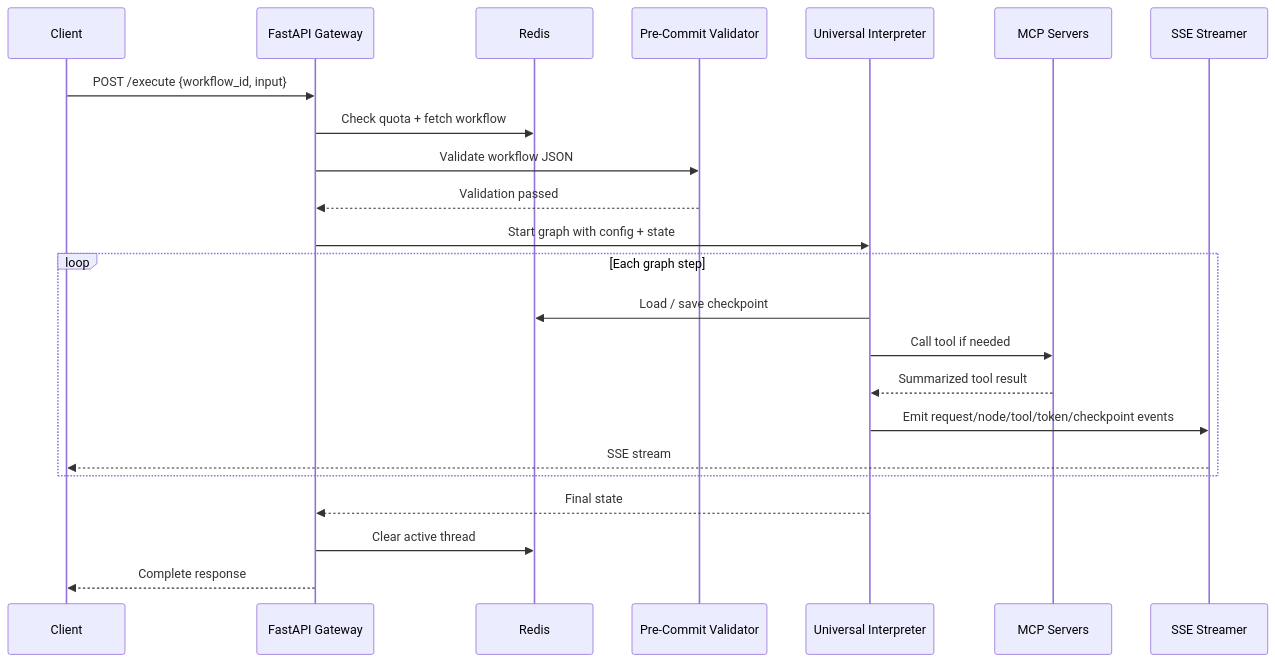
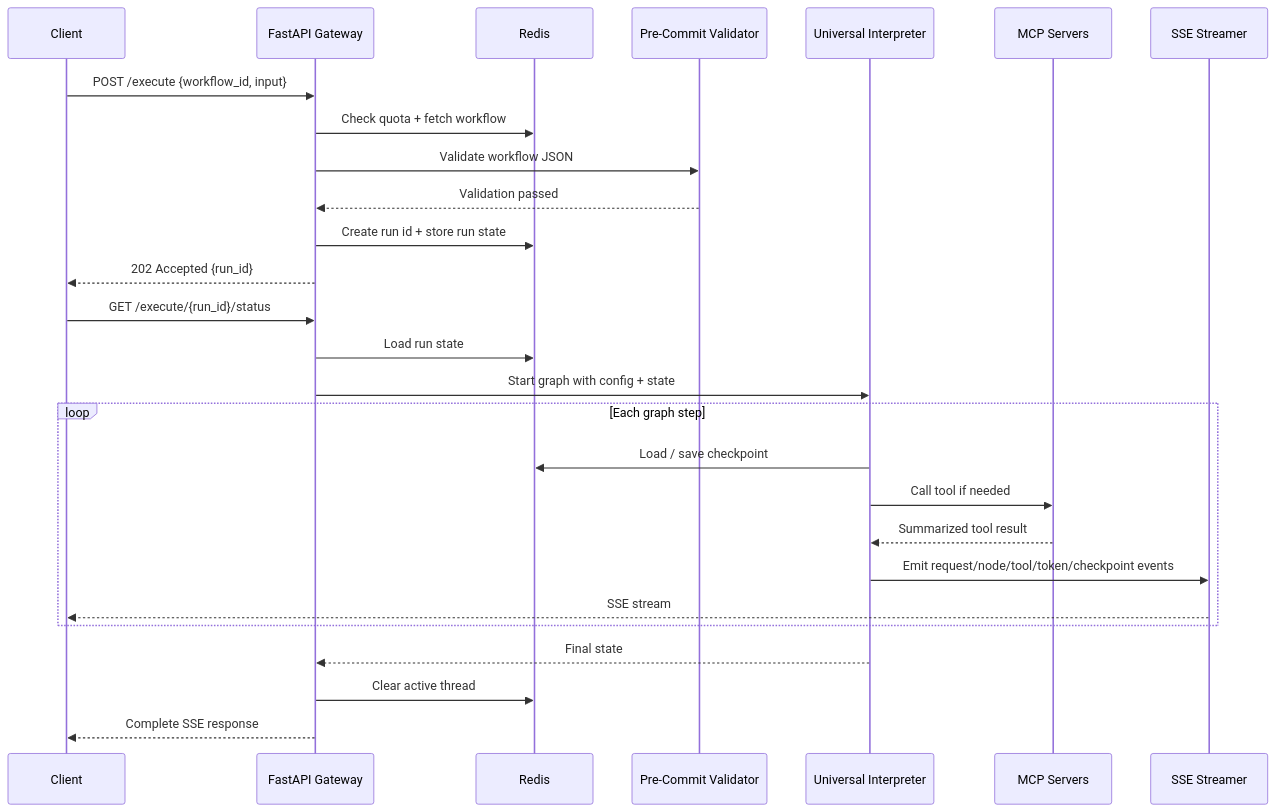
One commit to destngx/monorepo changed the diagram in docs/graph-weave/specification/runtime/request-lifecycle.md. Above: the diagram before and after it, drawn with Mermaid. The commit also changed other lines of this file and 32 other files, not shown here.

Commit message:
docs: refine the 2 request flow and nodes centre

````diff
--- a/docs/graph-weave/specification/runtime/request-lifecycle.md
+++ b/docs/graph-weave/specification/runtime/request-lifecycle.md
@@ -52,28 +56,33 @@
 ```mermaid
 sequenceDiagram
     participant C as Client
     participant API as FastAPI Gateway
     participant R as Redis
     participant V as Pre-Commit Validator
     participant G as Universal Interpreter
     participant M as MCP Servers
     participant S as SSE Streamer
 
     C->>API: POST /execute {workflow_id, input}
     API->>R: Check quota + fetch workflow
     API->>V: Validate workflow JSON
     V-->>API: Validation passed
+    API->>R: Create run id + store run state
+    API-->>C: 202 Accepted {run_id}
+
+    C->>API: GET /execute/{run_id}/status
+    API->>R: Load run state
     API->>G: Start graph with config + state
 
     loop Each graph step
         G->>R: Load / save checkpoint
         G->>M: Call tool if needed
         M-->>G: Summarized tool result
         G->>S: Emit request/node/tool/token/checkpoint events
         S-->>C: SSE stream
     end
 
     G-->>API: Final state
     API->>R: Clear active thread
-    API-->>C: Complete response
+    API-->>C: Complete SSE response
 ```
````
